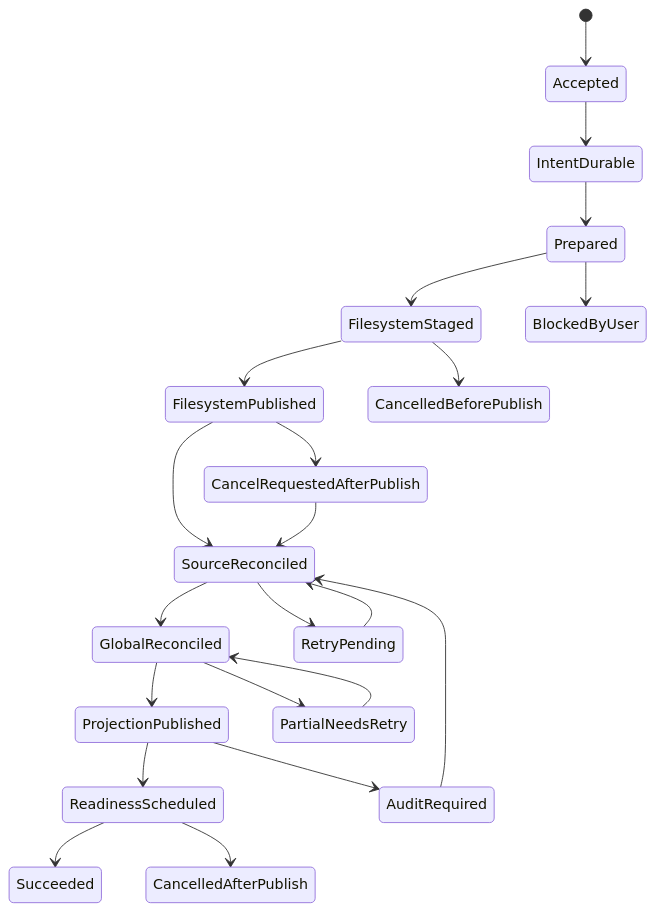
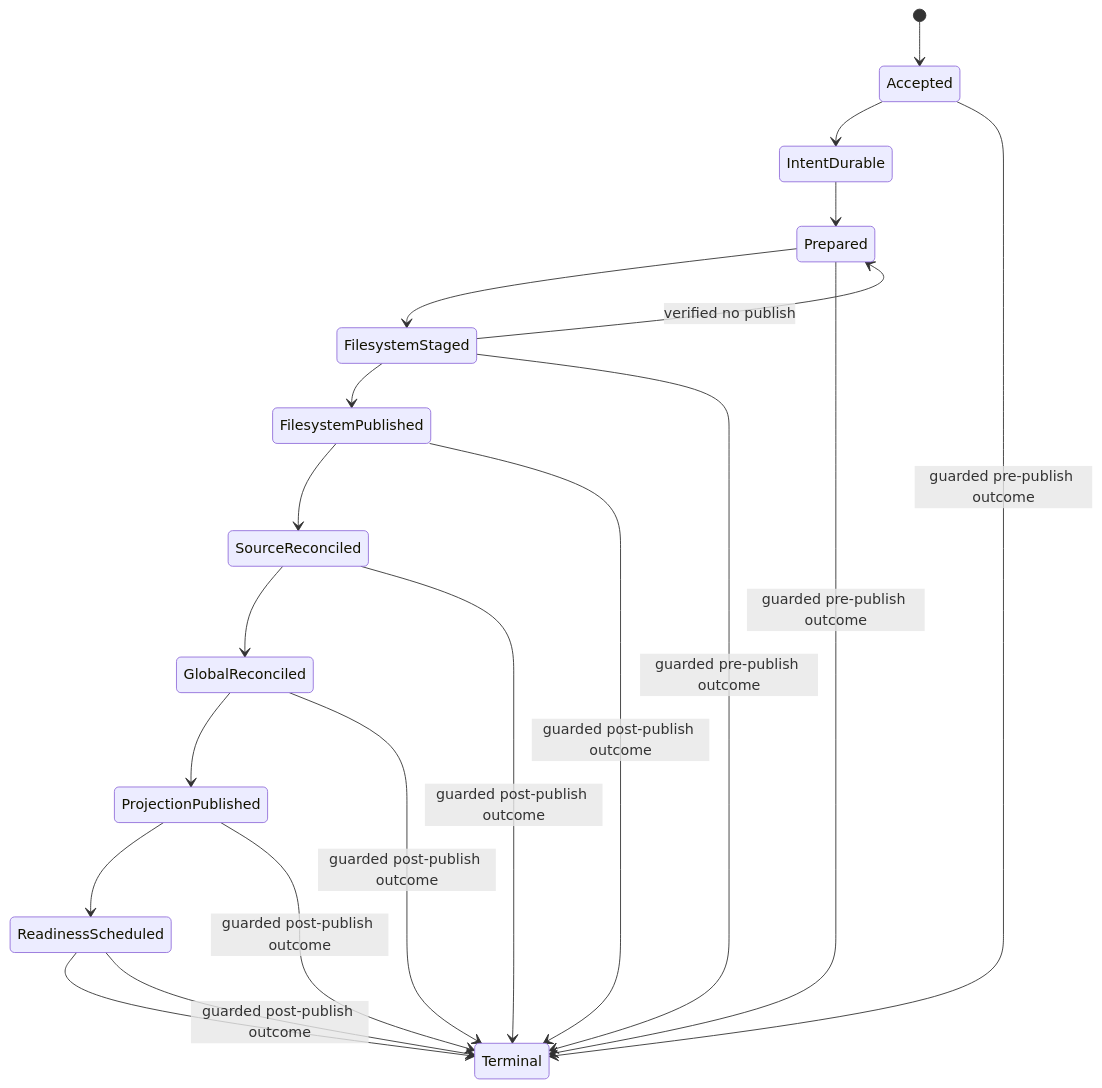
One commit to PORTALSURFER/sempal changed the diagram in docs/IO_ARCHITECTURE_TARGET.md. Above: the diagram before and after it, drawn with Mermaid. The commit also changed other lines of this file, not shown here.

Commit message:
docs: close io architecture review findings

````diff
--- a/docs/IO_ARCHITECTURE_TARGET.md
+++ b/docs/IO_ARCHITECTURE_TARGET.md
@@ -289,24 +388,22 @@
 ```mermaid
 stateDiagram-v2
     [*] --> Accepted
     Accepted --> IntentDurable
     IntentDurable --> Prepared
     Prepared --> FilesystemStaged
     FilesystemStaged --> FilesystemPublished
-    FilesystemStaged --> CancelledBeforePublish
+    FilesystemStaged --> Prepared : verified no publish
     FilesystemPublished --> SourceReconciled
     SourceReconciled --> GlobalReconciled
     GlobalReconciled --> ProjectionPublished
     ProjectionPublished --> ReadinessScheduled
-    ReadinessScheduled --> Succeeded
-    SourceReconciled --> RetryPending
-    GlobalReconciled --> PartialNeedsRetry
-    ProjectionPublished --> AuditRequired
-    RetryPending --> SourceReconciled
-    PartialNeedsRetry --> GlobalReconciled
-    AuditRequired --> SourceReconciled
-    FilesystemPublished --> CancelRequestedAfterPublish
-    CancelRequestedAfterPublish --> SourceReconciled
-    ReadinessScheduled --> CancelledAfterPublish
-    Prepared --> BlockedByUser
+    ReadinessScheduled --> Terminal
+    Accepted --> Terminal : guarded pre-publish outcome
+    Prepared --> Terminal : guarded pre-publish outcome
+    FilesystemStaged --> Terminal : guarded pre-publish outcome
+    FilesystemPublished --> Terminal : guarded post-publish outcome
+    SourceReconciled --> Terminal : guarded post-publish outcome
+    GlobalReconciled --> Terminal : guarded post-publish outcome
+    ProjectionPublished --> Terminal : guarded post-publish outcome
+    ReadinessScheduled --> Terminal : guarded post-publish outcome
 ```
````
